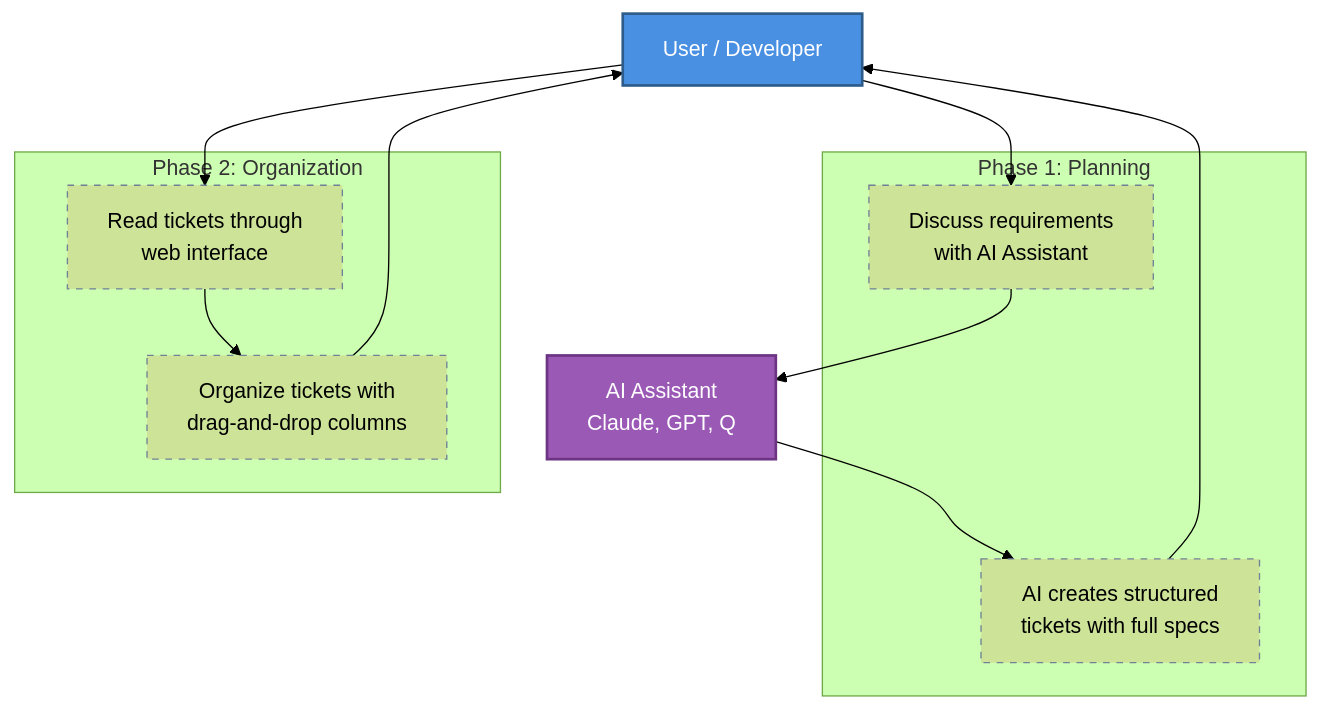
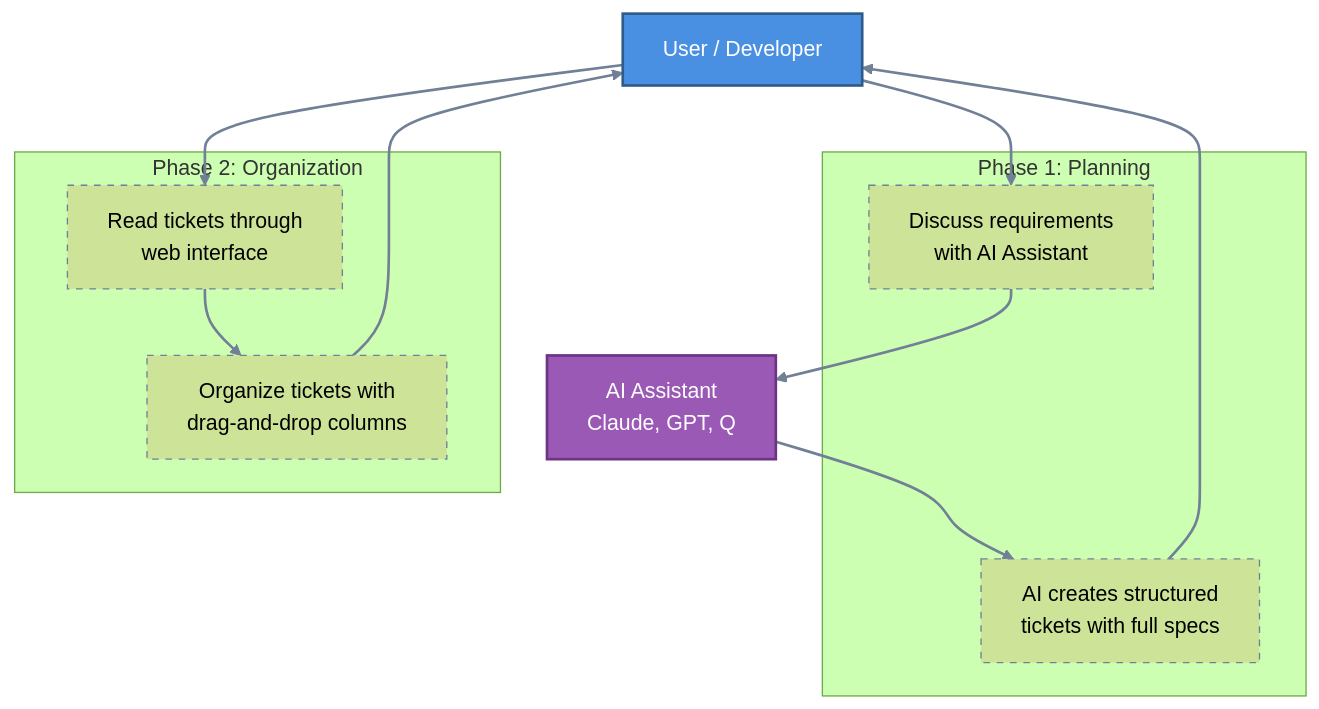
Before and after one commit to andkirby/markdown-ticket: the first of 2 diagrams in README.md, drawn with Mermaid. The commit also changed other lines of this file, not shown here.

Commit message:
docs: make diagram arrows gray for better visibility

````diff
--- a/README.md
+++ b/README.md
@@ -69,34 +69,36 @@
 ```mermaid
 ---
 config:
   theme: forest
 ---
 flowchart TD
     User[User / Developer]
     LLM[AI Assistant<br/>Claude, GPT, Q]
 
     subgraph "Phase 1: Planning"
         A1[Discuss requirements<br/>with AI Assistant]
         A2[AI creates structured<br/>tickets with full specs]
     end
 
     subgraph "Phase 2: Organization"
         B1[Read tickets through<br/>web interface]
         B2[Organize tickets with<br/>drag-and-drop columns]
     end
 
     User --> A1
     A1 --> LLM
     LLM --> A2
     A2 --> User
 
     User --> B1
     B1 --> B2
     B2 --> User
 
     style User fill:#4a90e2,stroke:#2e5c8a,stroke-width:2px,color:#fff
     style LLM fill:#9b59b6,stroke:#6c3483,stroke-width:2px,color:#fff
 
     classDef phaseBox stroke:#718096,stroke-width:1px,stroke-dasharray: 5 5
     class A1,A2,B1,B2 phaseBox
+
+    linkStyle default stroke:#718096,stroke-width:2px
 ```
````
